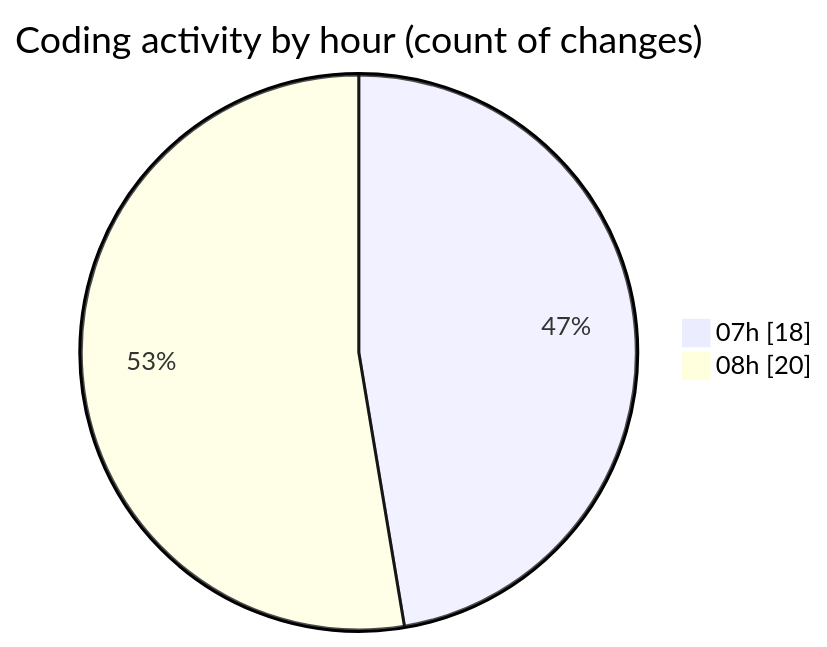
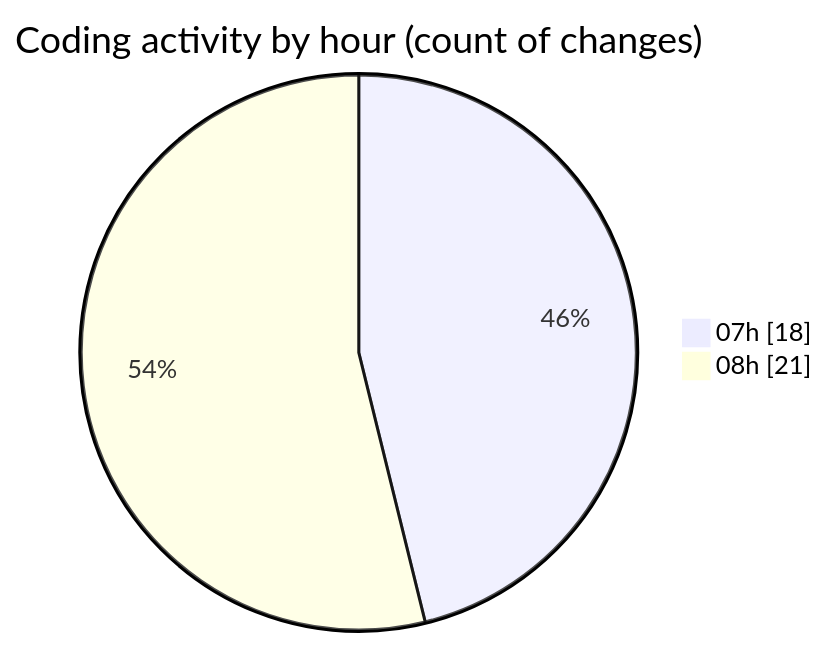
Before and after one commit to robertbonfada/code-tracking: the second of 2 diagrams in 2025-02-03/mbc-web/README.md, drawn with Mermaid. The commit also changed other lines of this file and 1 other file, not shown here.

````diff
--- a/2025-02-03/mbc-web/README.md
+++ b/2025-02-03/mbc-web/README.md
@@ -34,6 +34,6 @@
 ```mermaid
 pie showData
 title Coding activity by hour (count of changes)
 "07h" : 18
-"08h" : 20
+"08h" : 21
 ```
````
